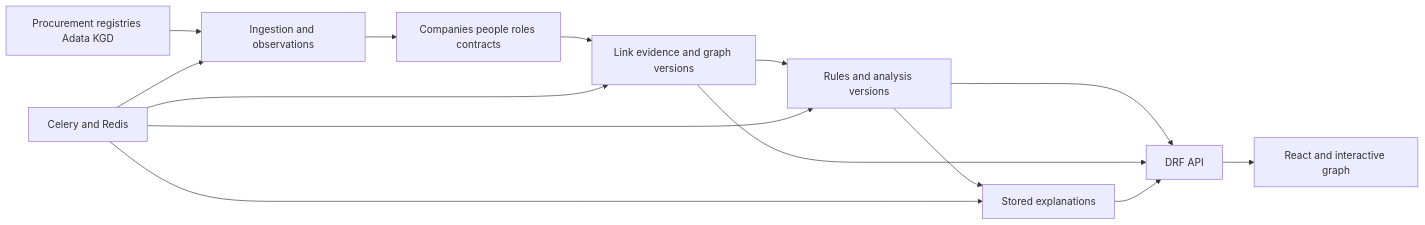
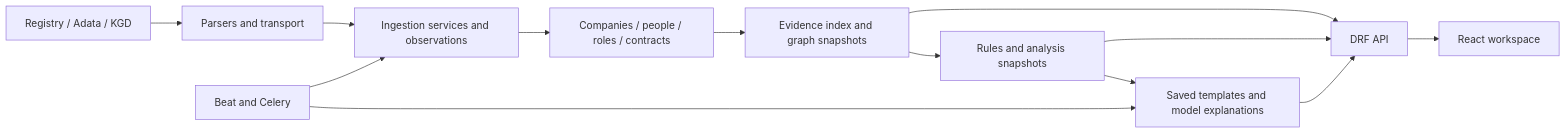
The diagram in docs/ARCHITECTURE.md (XEQU4/GraphZakup), drawn with Mermaid before and after one commit. The commit also changed other lines of this file and 74 other files, not shown here.

````diff
--- a/docs/ARCHITECTURE.md
+++ b/docs/ARCHITECTURE.md
@@ -57,16 +48,15 @@
 ```mermaid
 flowchart LR
-    S[Procurement registries Adata KGD] --> I[Ingestion and observations]
-    I --> E[Companies people roles contracts]
-    E --> G[Link evidence and graph versions]
-    G --> A[Rules and analysis versions]
-    A --> X[Stored explanations]
-    A --> API[DRF API]
-    G --> API
-    X --> API
-    API --> UI[React and interactive graph]
-    Q[Celery and Redis] --> I
-    Q --> G
-    Q --> A
-    Q --> X
+    S[Registry / Adata / KGD] --> P[Parsers and transport]
+    P --> I[Ingestion services and observations]
+    I --> E[Companies / people / roles / contracts]
+    E --> G[Evidence index and graph snapshots]
+    G --> A[Rules and analysis snapshots]
+    A --> T[Saved templates and model explanations]
+    G --> API[DRF API]
+    A --> API
+    T --> API
+    API --> UI[React workspace]
+    B[Beat and Celery] --> I
+    B --> T
 ```
````
